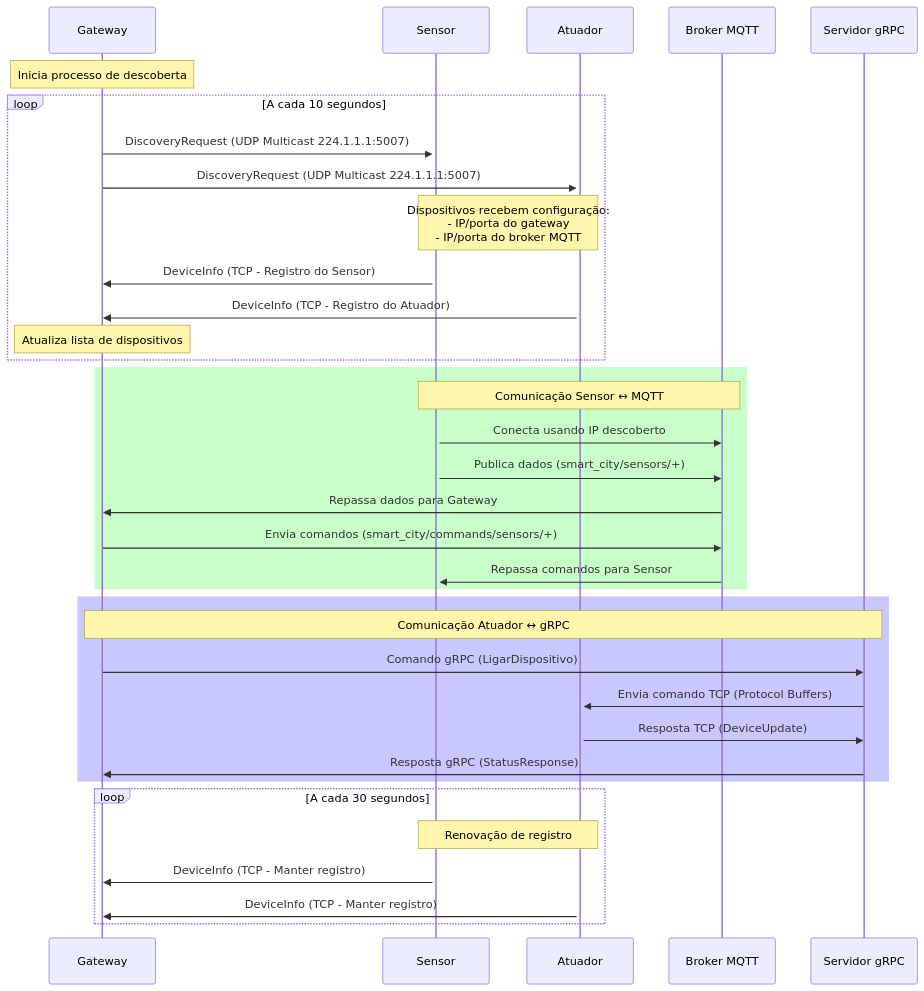
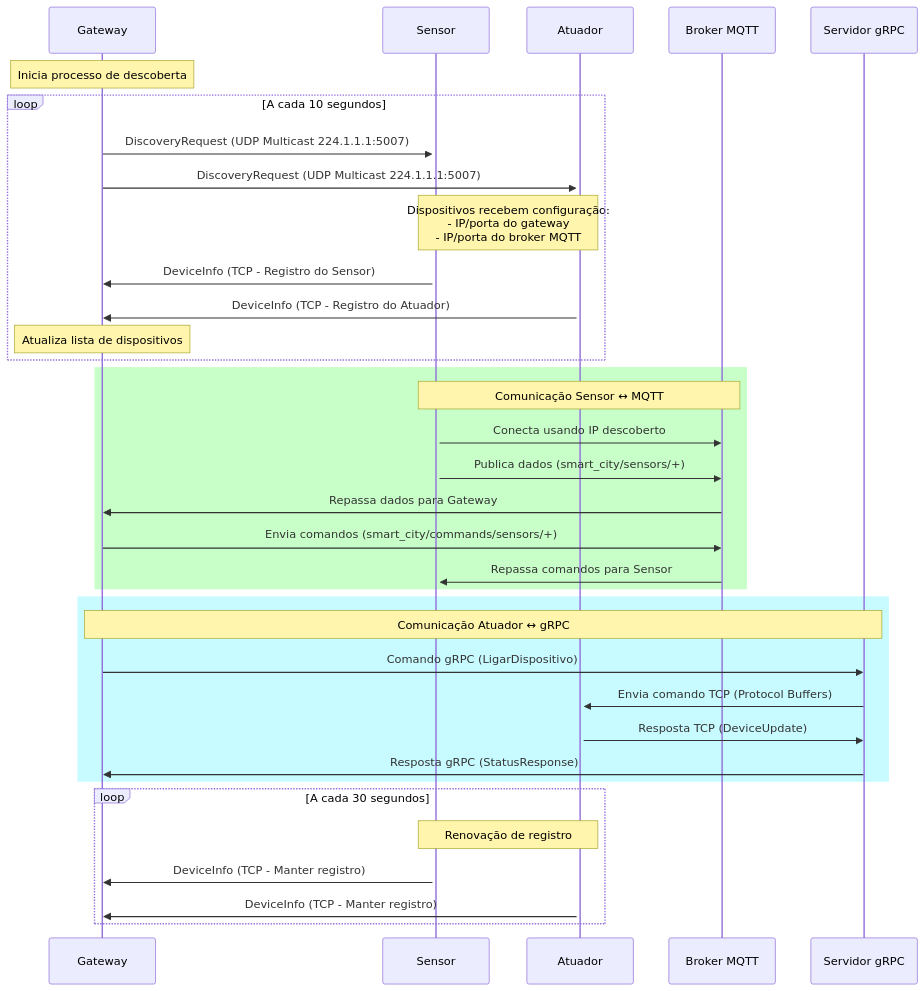
One commit to mdo-br/Trabalho-SD-gRPC-RabbitMQ-MQTT changed the second of 3 diagrams in README.md. Above: the diagram before and after it, drawn with Mermaid. The commit also changed other lines of this file and 1 other file, not shown here.

Commit message:
Atualiza diagrama de descoberta mais detalhado

````diff
--- a/README.md
+++ b/README.md
@@ -145,45 +145,45 @@
 ```mermaid
 sequenceDiagram
     participant G as Gateway
     participant S as Sensor
     participant A as Atuador
     participant MQTT as Broker MQTT
     participant gRPC as Servidor gRPC
     
     Note over G: Inicia processo de descoberta
     
     loop A cada 10 segundos
         G->>+S: DiscoveryRequest (UDP Multicast 224.1.1.1:5007)
         G->>+A: DiscoveryRequest (UDP Multicast 224.1.1.1:5007)
         
         Note over S,A: Dispositivos recebem configuração:<br/>- IP/porta do gateway<br/>- IP/porta do broker MQTT
         
         S->>G: DeviceInfo (TCP - Registro do Sensor)
         A->>G: DeviceInfo (TCP - Registro do Atuador)
         
         Note over G: Atualiza lista de dispositivos
     end
     
     rect rgb(200, 255, 200)
         Note over S,MQTT: Comunicação Sensor ↔ MQTT
         S->>MQTT: Conecta usando IP descoberto
         S->>MQTT: Publica dados (smart_city/sensors/+)
         MQTT->>G: Repassa dados para Gateway
         G->>MQTT: Envia comandos (smart_city/commands/sensors/+)
         MQTT->>S: Repassa comandos para Sensor
     end
     
-    rect rgb(200, 200, 255)
+    rect rgba(200, 251, 255, 1)
         Note over G,gRPC: Comunicação Atuador ↔ gRPC
         G->>gRPC: Comando gRPC (LigarDispositivo)
         gRPC->>A: Envia comando TCP (Protocol Buffers)
         A->>gRPC: Resposta TCP (DeviceUpdate)
         gRPC->>G: Resposta gRPC (StatusResponse)
     end
     
     loop A cada 30 segundos
         Note over S,A: Renovação de registro
         S->>G: DeviceInfo (TCP - Manter registro)
         A->>G: DeviceInfo (TCP - Manter registro)
     end
 ```
````
